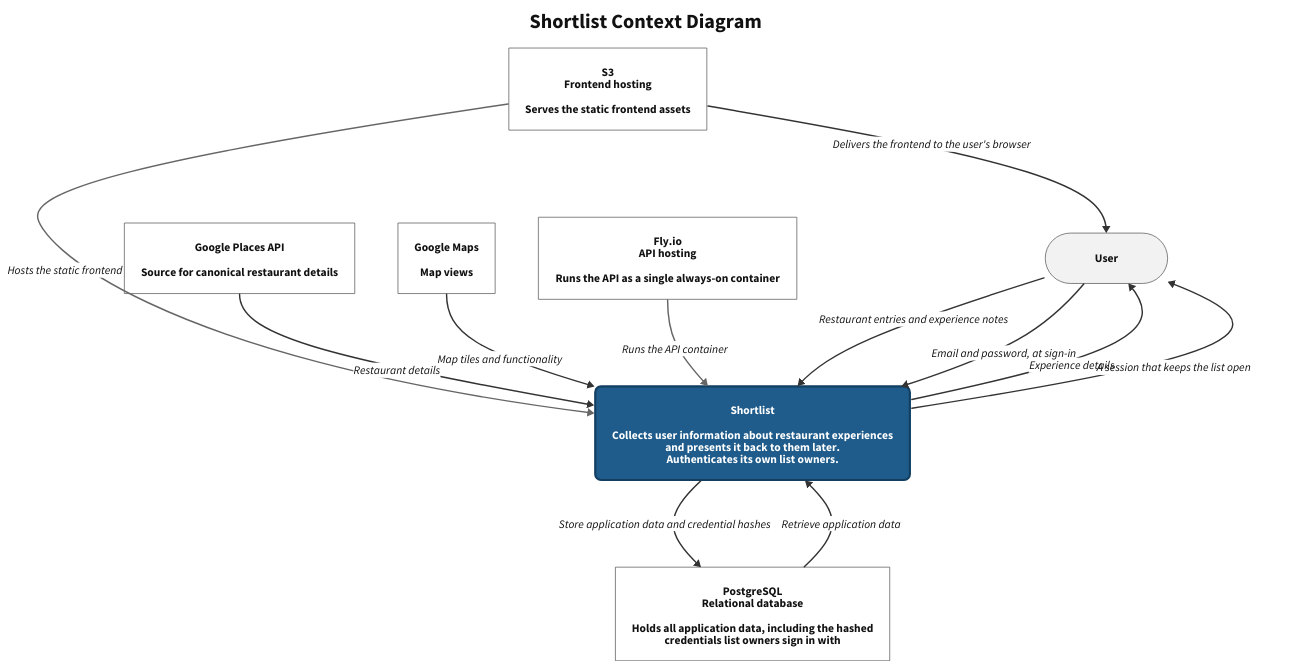
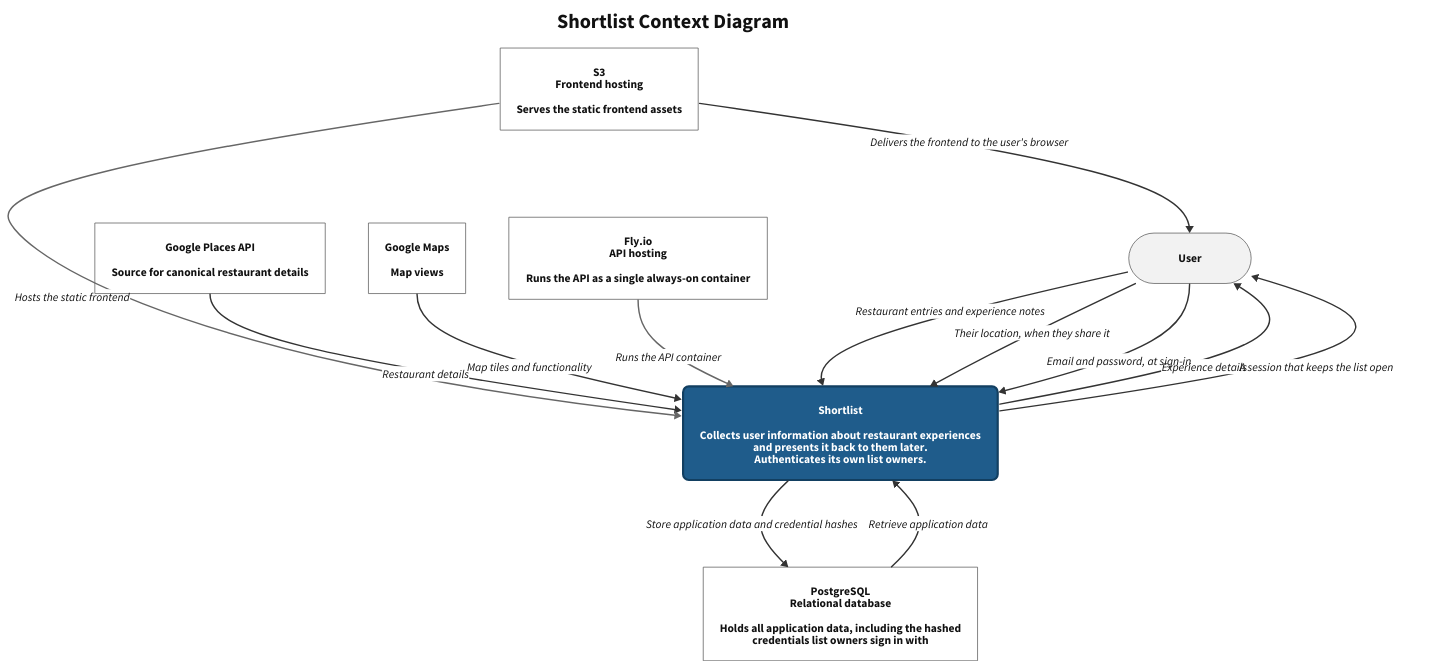
The diagram in docs/shortlist.context.d2 (arches/shortlist), drawn with D2 before and after one commit. The commit also changed 1 other file, not shown here.

```diff
--- a/docs/shortlist.context.d2
+++ b/docs/shortlist.context.d2
@@ -1,115 +1,116 @@
 # alloy: context-diagram
 # Render: d2 docs/shortlist.context.d2 docs/shortlist.context.svg
 #
 # Labels use the quoted "line\nline" form, not |md| block strings: a markdown
 # label replaces the node's shape, which silently drops stroke and
 # border-radius and leaves a white box with no border.
 
 vars: {
   d2-config: {
     layout-engine: dagre
     theme-id: 0
     pad: 24
   }
 }
 
 # Paint the canvas, so dark text never lands on a host's dark background.
 style: {
   fill: "#ffffff"
 }
 
 # Fill and font-color are one decision, set together in every class below.
 classes: {
   subject: {
     style: {
       fill: "#1f5c8b"
       stroke: "#123f61"
       stroke-width: 3
       border-radius: 8
       font-color: "#ffffff"
     }
   }
   external: {
     style: {
       fill: "#ffffff"
       stroke: "#555555"
       stroke-width: 1
       font-color: "#111111"
     }
   }
   actor: {
     width: 170
     height: 70
     style: {
       fill: "#f2f2f2"
       stroke: "#555555"
       stroke-width: 1
       border-radius: 40
       font-color: "#111111"
     }
   }
   flow: {
     style: {
       stroke: "#333333"
       stroke-width: 2
       font-color: "#111111"
     }
   }
   platform: {
     style: {
       stroke: "#666666"
       stroke-width: 2
       font-color: "#111111"
     }
   }
 }
 
 title: Shortlist Context Diagram {
   near: top-center
   shape: text
   style: {
     font-size: 28
     bold: true
     font-color: "#111111"
   }
 }
 
 user: User {
   class: actor
 }
 
 shortlist: "Shortlist\n\nCollects user information about restaurant experiences\nand presents it back to them later.\nAuthenticates its own list owners." {
   class: subject
 }
 
 database: "PostgreSQL\nRelational database\n\nHolds all application data, including the hashed\ncredentials list owners sign in with" {
   class: external
 }
 
 s3: "S3\nFrontend hosting\n\nServes the static frontend assets" {
   class: external
 }
 
 google-places-api: "Google Places API\n\nSource for canonical restaurant details" {
   class: external
 }
 
 google-maps: "Google Maps\n\nMap views" {
   class: external
 }
 
 fly: "Fly.io\nAPI hosting\n\nRuns the API as a single always-on container" {
   class: external
 }
 
 user -> shortlist: Restaurant entries and experience notes {class: flow}
 shortlist -> user: Experience details {class: flow}
+user -> shortlist: Their location, when they share it {class: flow}
 google-places-api -> shortlist: Restaurant details {class: flow}
 google-maps -> shortlist: Map tiles and functionality {class: flow}
 user -> shortlist: Email and password, at sign-in {class: flow}
 shortlist -> user: A session that keeps the list open {class: flow}
 shortlist -> database: Store application data and credential hashes {class: flow}
 database -> shortlist: Retrieve application data {class: flow}
 s3 -> shortlist: Hosts the static frontend {class: platform}
 s3 -> user: Delivers the frontend to the user's browser {class: flow}
 fly -> shortlist: Runs the API container {class: platform}
```
